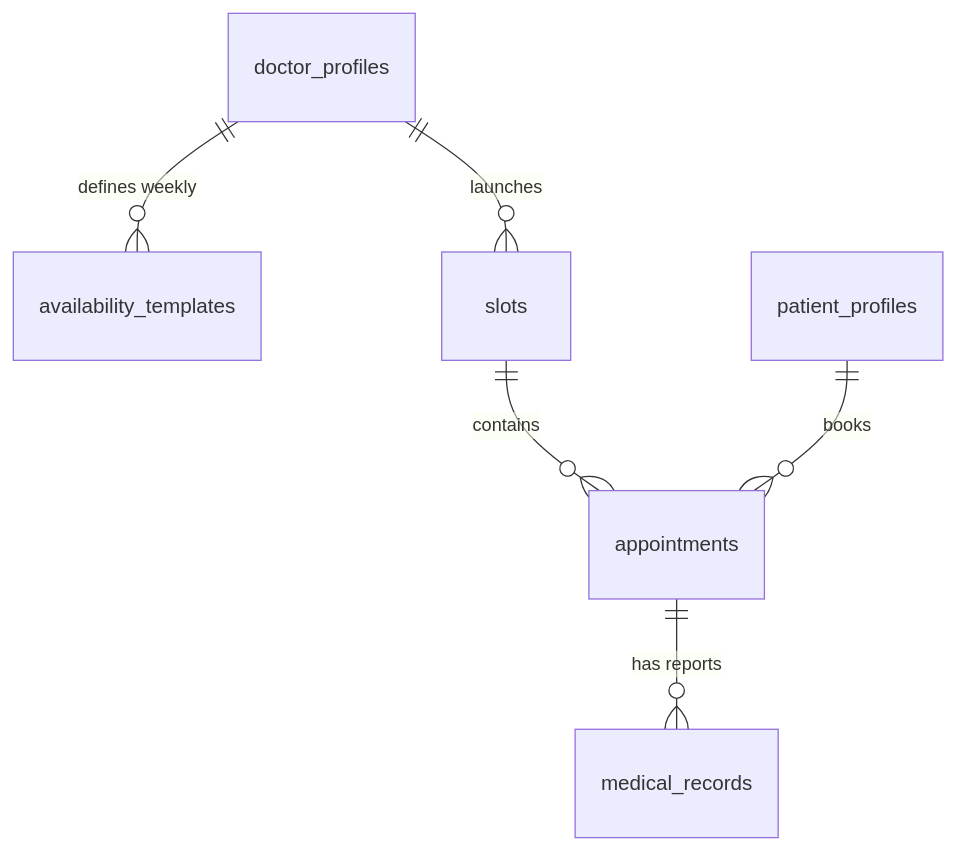
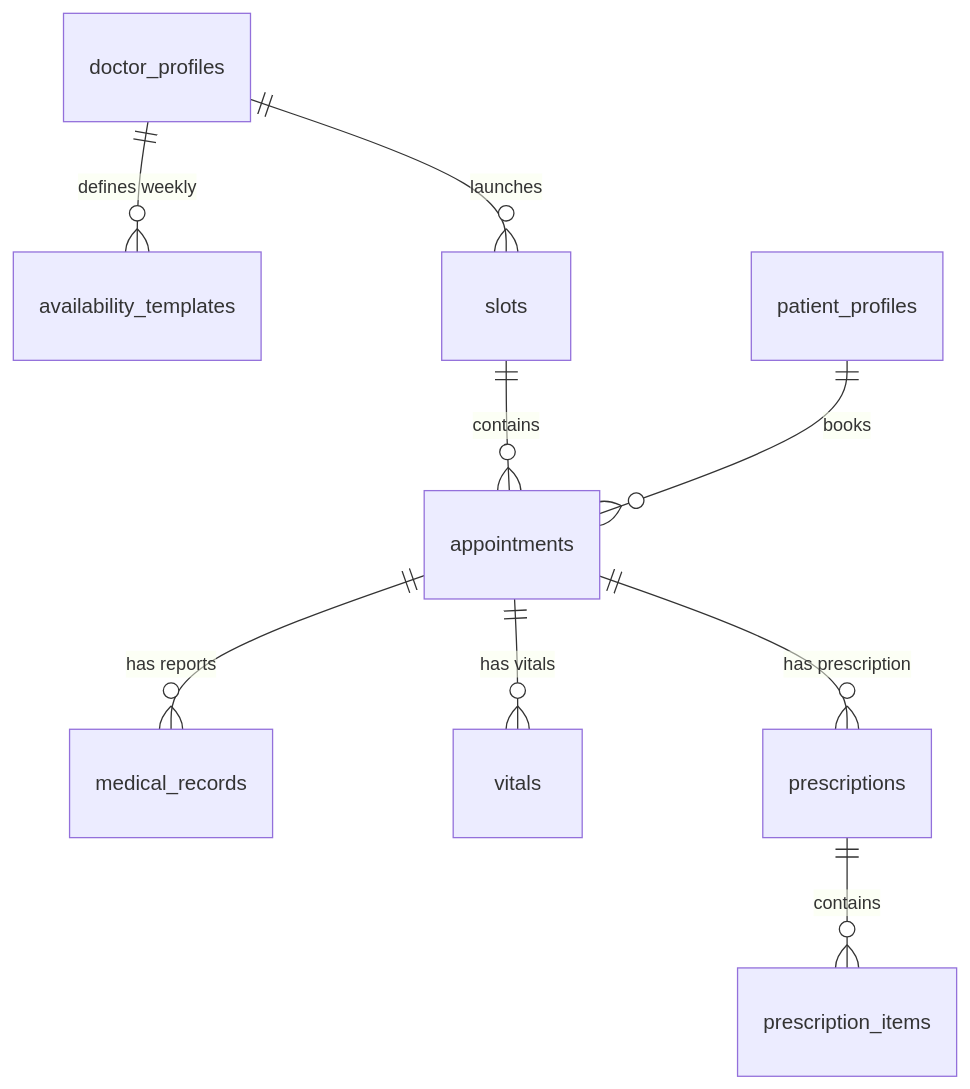
One commit to abhiyaligar/healthconnect changed the diagram in docs/DATABASE_SCHEMA.md. Above: the diagram before and after it, drawn with Mermaid. The commit also changed other lines of this file and 13 other files, not shown here.

````diff
--- a/docs/DATABASE_SCHEMA.md
+++ b/docs/DATABASE_SCHEMA.md
@@ -69,8 +100,11 @@
 ```mermaid
 erDiagram
     doctor_profiles ||--o{ availability_templates : "defines weekly"
     doctor_profiles ||--o{ slots : "launches"
     slots ||--o{ appointments : contains
     appointments ||--o{ medical_records : "has reports"
+    appointments ||--o{ vitals : "has vitals"
+    appointments ||--o{ prescriptions : "has prescription"
+    prescriptions ||--o{ prescription_items : "contains"
     patient_profiles ||--o{ appointments : books
 ```
````
